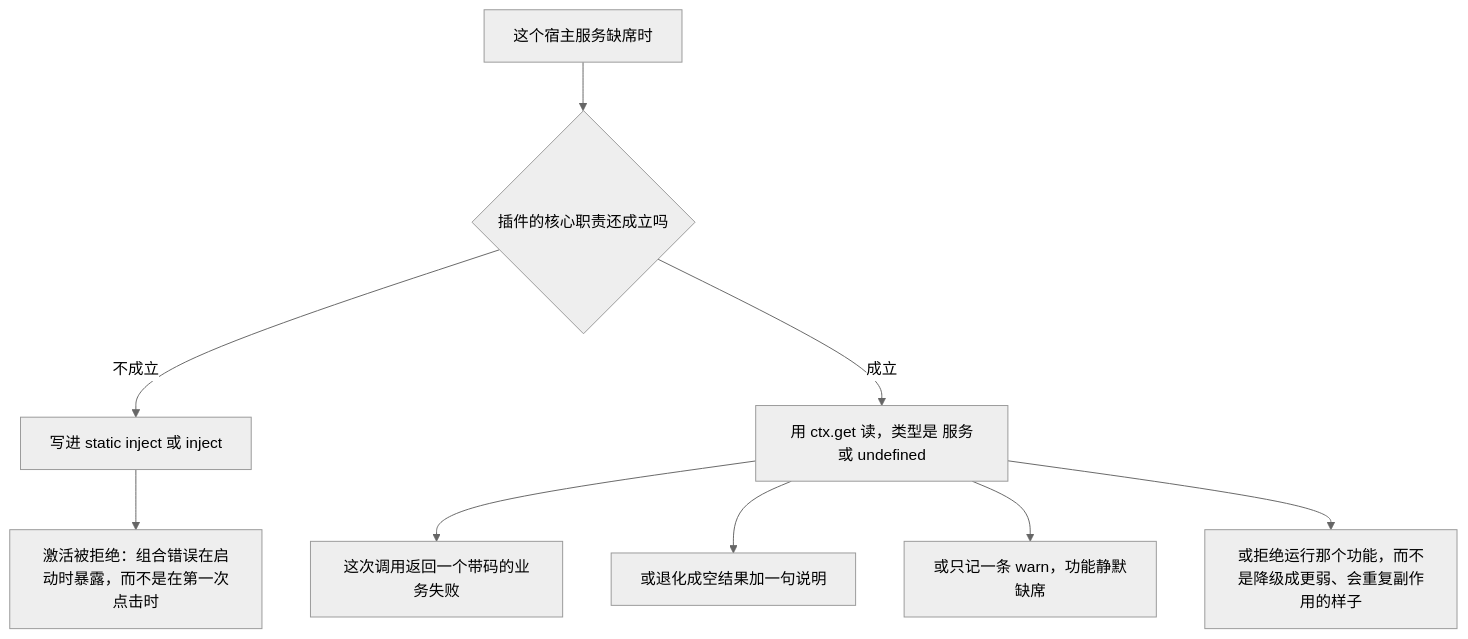
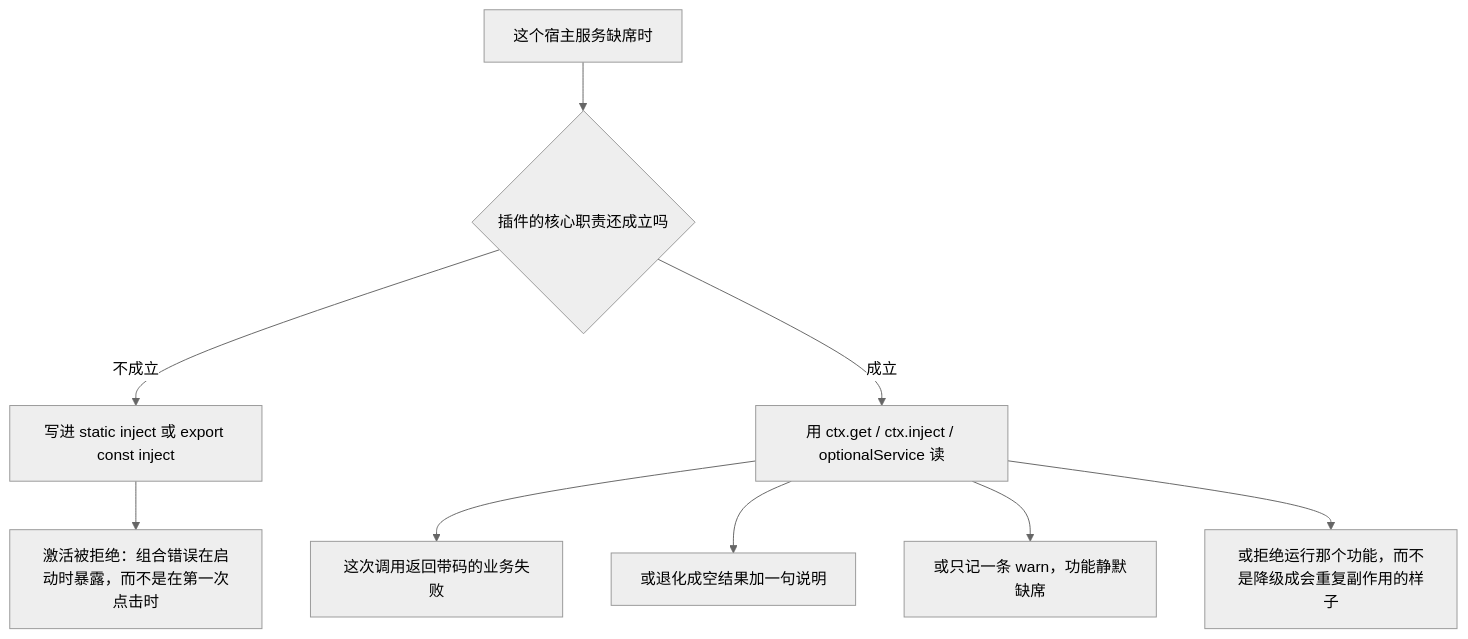
One commit to zhangj1164/dsh-mega-plugins changed the first of 2 diagrams in openwiki/integrations/dsh-host-services.md. Above: the diagram before and after it, drawn with Mermaid (neutral theme). The commit also changed other lines of this file and 15 other files, not shown here.

````diff
--- a/openwiki/integrations/dsh-host-services.md
+++ b/openwiki/integrations/dsh-host-services.md
@@ -100,11 +127,11 @@
 ```mermaid
 flowchart TD
   A["这个宿主服务缺席时"] --> B{"插件的核心职责还成立吗"}
-  B -- 不成立 --> C["写进 static inject 或 inject"]
+  B -- 不成立 --> C["写进 static inject 或 export const inject"]
   C --> C1["激活被拒绝：组合错误在启动时暴露，而不是在第一次点击时"]
-  B -- 成立 --> D["用 ctx.get 读，类型是 服务或 undefined"]
-  D --> D1["这次调用返回一个带码的业务失败"]
+  B -- 成立 --> D["用 ctx.get / ctx.inject / optionalService 读"]
+  D --> D1["这次调用返回带码的业务失败"]
   D --> D2["或退化成空结果加一句说明"]
   D --> D3["或只记一条 warn，功能静默缺席"]
-  D --> D4["或拒绝运行那个功能，而不是降级成更弱、会重复副作用的样子"]
+  D --> D4["或拒绝运行那个功能，而不是降级成会重复副作用的样子"]
 ```
````
